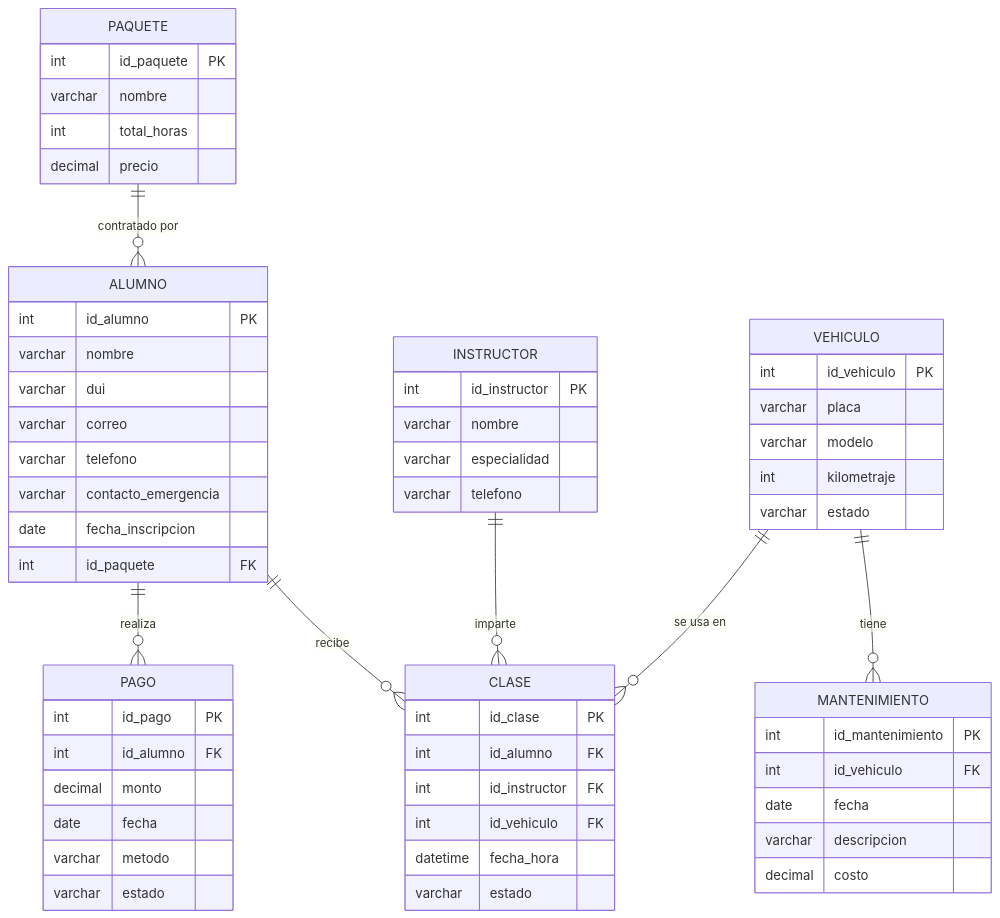
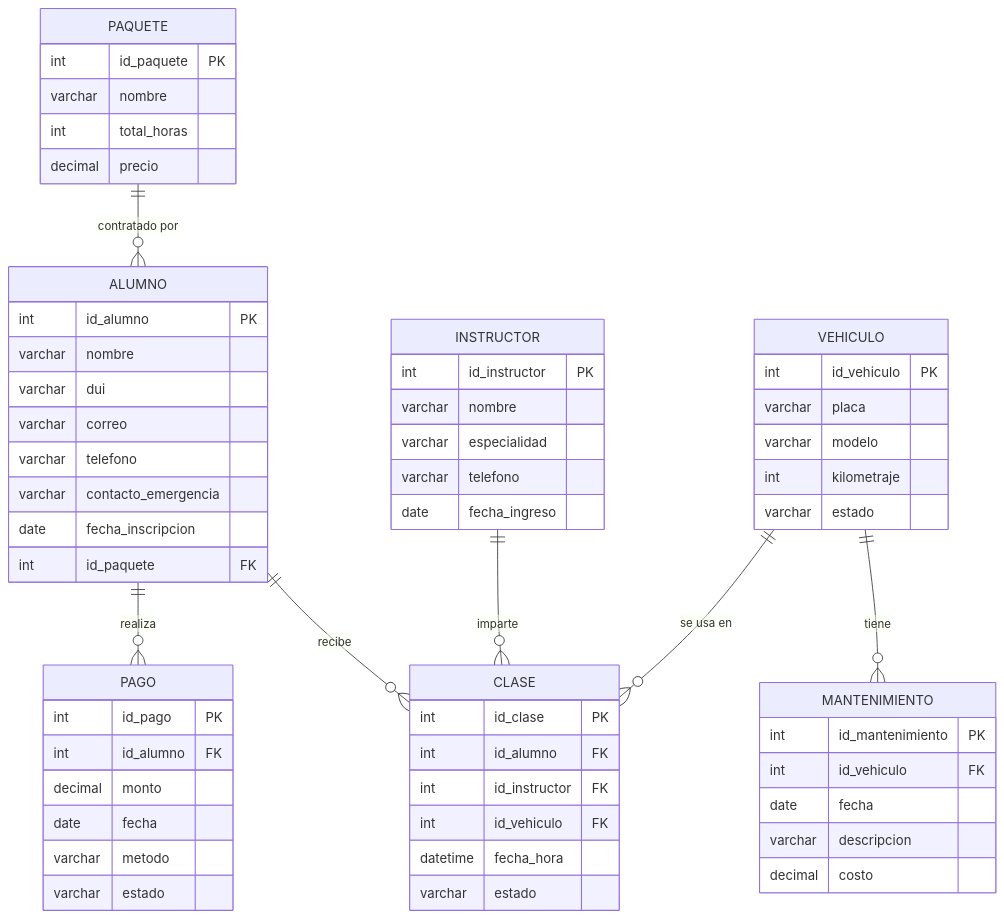
The diagram in docs/04-modelo-datos/modelo-datos.md (marcelolsal/DES104-DUNAMIS-ERP), drawn with Mermaid before and after one commit. The commit also changed other lines of this file and 8 other files, not shown here.

````diff
--- a/docs/04-modelo-datos/modelo-datos.md
+++ b/docs/04-modelo-datos/modelo-datos.md
@@ -13,62 +15,63 @@
 ```mermaid
 erDiagram
     PAQUETE ||--o{ ALUMNO : "contratado por"
     ALUMNO  ||--o{ CLASE : "recibe"
     INSTRUCTOR ||--o{ CLASE : "imparte"
     VEHICULO ||--o{ CLASE : "se usa en"
     VEHICULO ||--o{ MANTENIMIENTO : "tiene"
     ALUMNO ||--o{ PAGO : "realiza"
 
     ALUMNO {
         int id_alumno PK
         varchar nombre
         varchar dui
         varchar correo
         varchar telefono
         varchar contacto_emergencia
         date fecha_inscripcion
         int id_paquete FK
     }
     PAQUETE {
         int id_paquete PK
         varchar nombre
         int total_horas
         decimal precio
     }
     CLASE {
         int id_clase PK
         int id_alumno FK
         int id_instructor FK
         int id_vehiculo FK
         datetime fecha_hora
         varchar estado
     }
     INSTRUCTOR {
         int id_instructor PK
         varchar nombre
         varchar especialidad
         varchar telefono
+        date fecha_ingreso
     }
     VEHICULO {
         int id_vehiculo PK
         varchar placa
         varchar modelo
         int kilometraje
         varchar estado
     }
     MANTENIMIENTO {
         int id_mantenimiento PK
         int id_vehiculo FK
         date fecha
         varchar descripcion
         decimal costo
     }
     PAGO {
         int id_pago PK
         int id_alumno FK
         decimal monto
         date fecha
         varchar metodo
         varchar estado
     }
 ```
````
